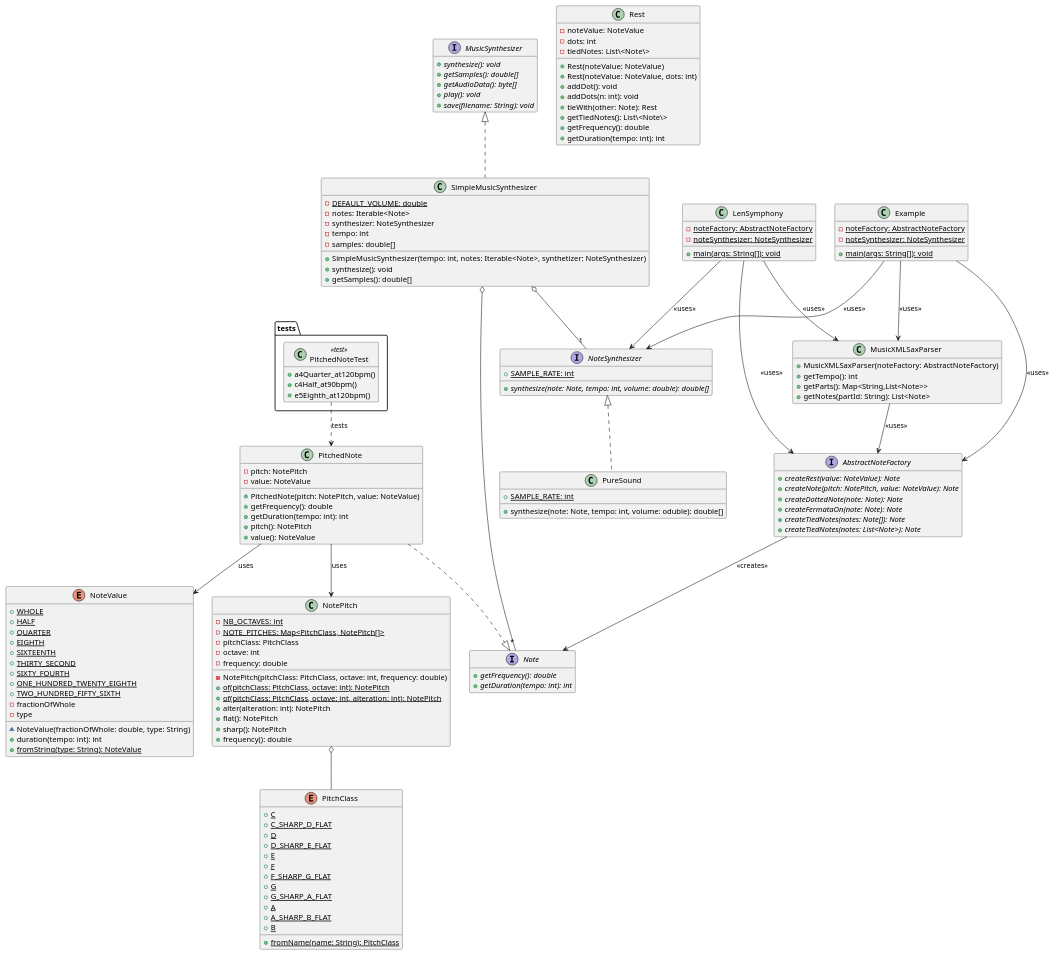
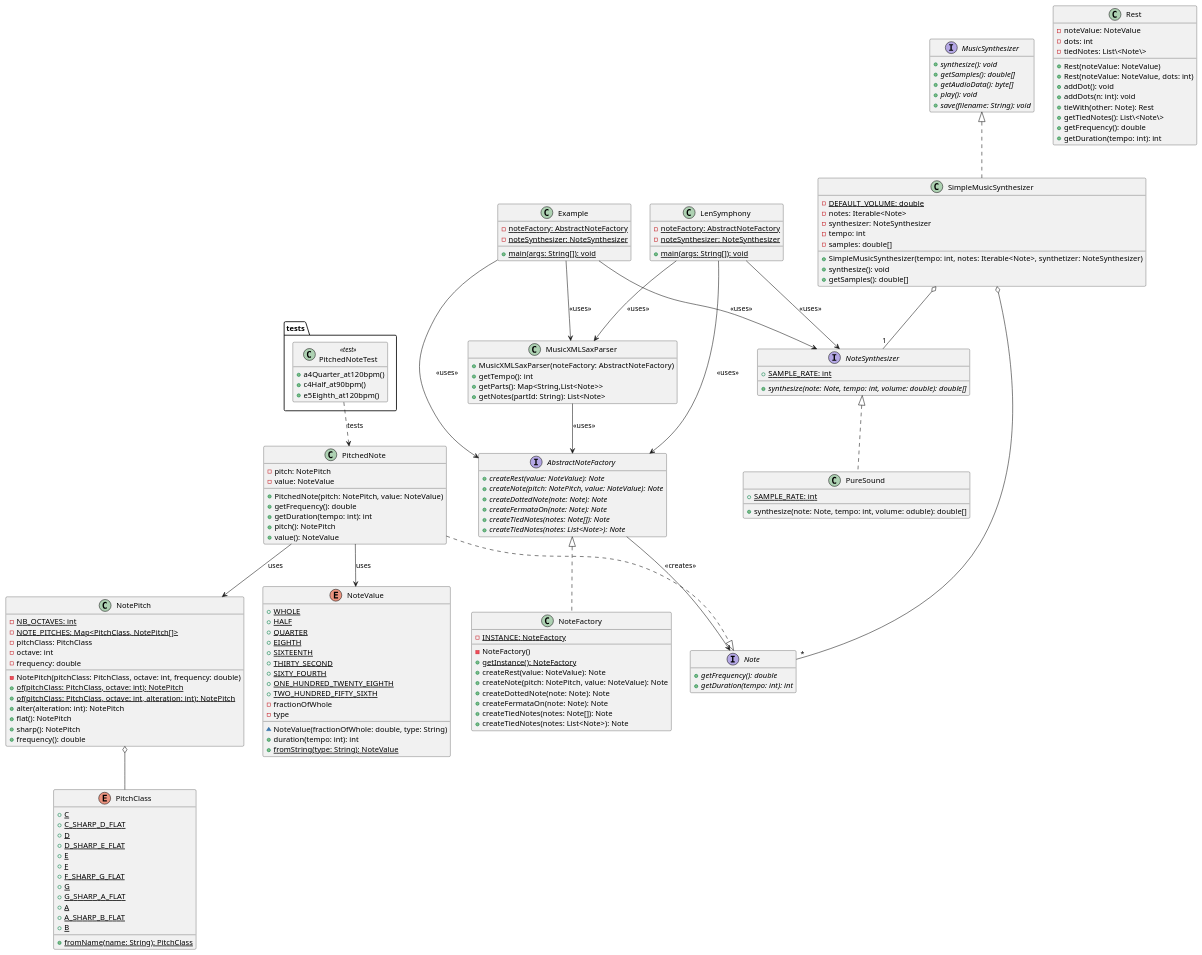
One commit to Zrid02/LenSymphony changed the diagram in README.md. Above: the diagram before and after it, drawn with PlantUML. The commit also changed other lines of this file, not shown here.

Commit message:
Modification du read me

````diff
--- a/README.md
+++ b/README.md
@@ -188,10 +188,25 @@
     + {static} main(args: String[]): void
 }
 
+class NoteFactory implements AbstractNoteFactory {
+
+    - {static} INSTANCE: NoteFactory
+    - NoteFactory()
+    + {static} getInstance(): NoteFactory
+    + createRest(value: NoteValue): Note
+    + createNote(pitch: NotePitch, value: NoteValue): Note
+    + createDottedNote(note: Note): Note
+    + createFermataOn(note: Note): Note
+    + createTiedNotes(notes: Note[]): Note
+    + createTiedNotes(notes: List<Note>): Note
+   
+}
+
 Example --> AbstractNoteFactory : << uses >>
 Example --> MusicXMLSaxParser : << uses >>
 Example --> NoteSynthesizer : << uses >>
 LenSymphony --> AbstractNoteFactory : << uses >>
 LenSymphony --> MusicXMLSaxParser : << uses >>
 LenSymphony --> NoteSynthesizer : << uses >>
+
 ```
````
